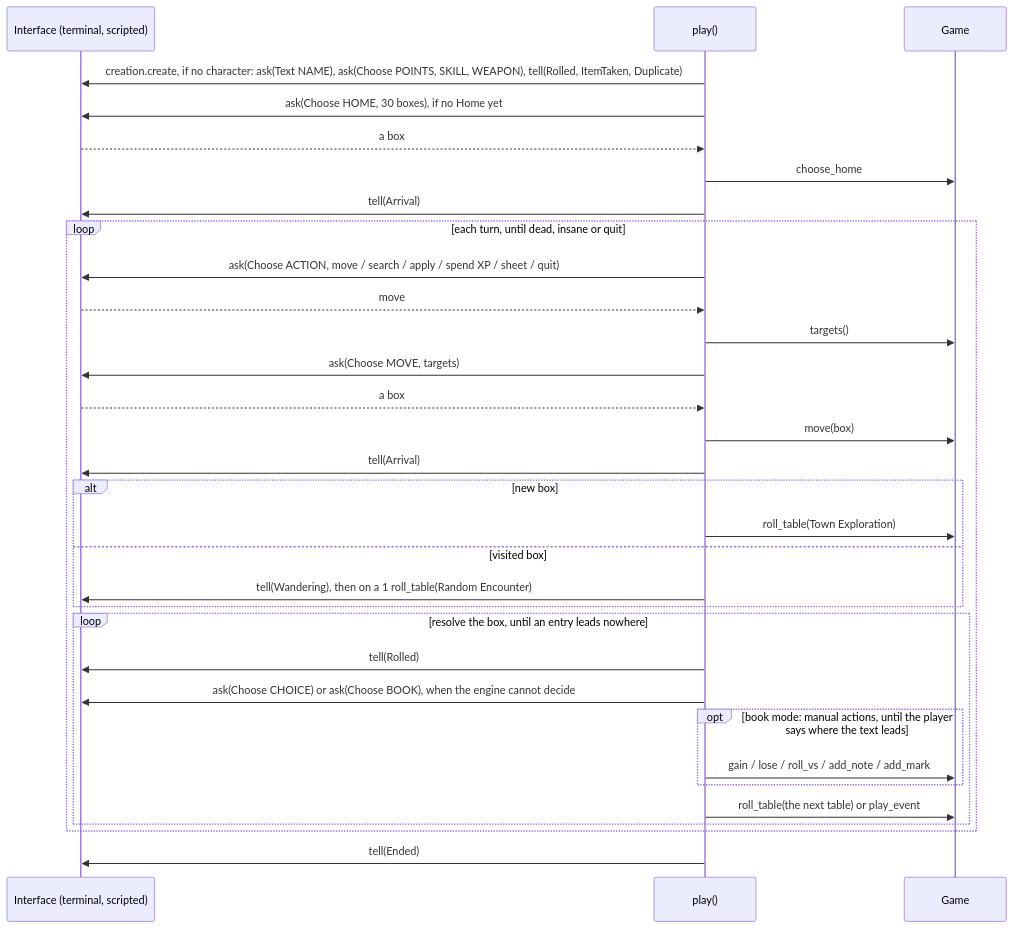
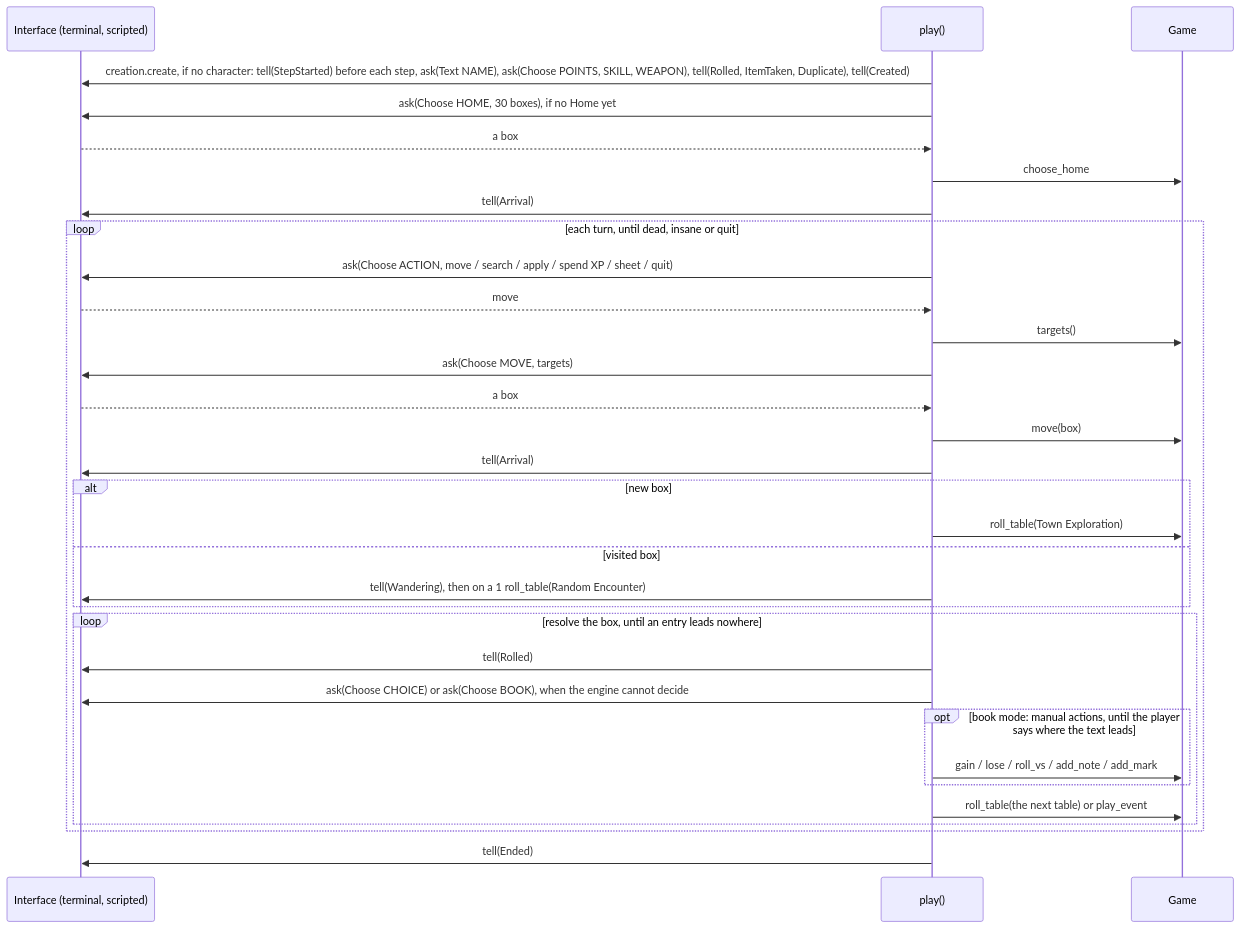
Before and after one commit to NathanChalot/AloneVsFEear: the third of 6 diagrams in docs/architecture.md, drawn with Mermaid. The commit also changed other lines of this file and 22 other files, not shown here.

````diff
--- a/docs/architecture.md
+++ b/docs/architecture.md
@@ -104,34 +106,34 @@
 ```mermaid
 sequenceDiagram
     participant UI as Interface (terminal, scripted)
     participant P as play()
     participant Game
-    P->>UI: creation.create, if no character: ask(Text NAME), ask(Choose POINTS, SKILL, WEAPON), tell(Rolled, ItemTaken, Duplicate)
+    P->>UI: creation.create, if no character: tell(StepStarted) before each step, ask(Text NAME), ask(Choose POINTS, SKILL, WEAPON), tell(Rolled, ItemTaken, Duplicate), tell(Created)
     P->>UI: ask(Choose HOME, 30 boxes), if no Home yet
     UI-->>P: a box
     P->>Game: choose_home
     P->>UI: tell(Arrival)
     loop each turn, until dead, insane or quit
         P->>UI: ask(Choose ACTION, move / search / apply / spend XP / sheet / quit)
         UI-->>P: move
         P->>Game: targets()
         P->>UI: ask(Choose MOVE, targets)
         UI-->>P: a box
         P->>Game: move(box)
         P->>UI: tell(Arrival)
         alt new box
             P->>Game: roll_table(Town Exploration)
         else visited box
             P->>UI: tell(Wandering), then on a 1 roll_table(Random Encounter)
         end
         loop resolve the box, until an entry leads nowhere
             P->>UI: tell(Rolled)
             P->>UI: ask(Choose CHOICE) or ask(Choose BOOK), when the engine cannot decide
             opt book mode: manual actions, until the player says where the text leads
                 P->>Game: gain / lose / roll_vs / add_note / add_mark
             end
             P->>Game: roll_table(the next table) or play_event
         end
     end
     P->>UI: tell(Ended)
 ```
````
